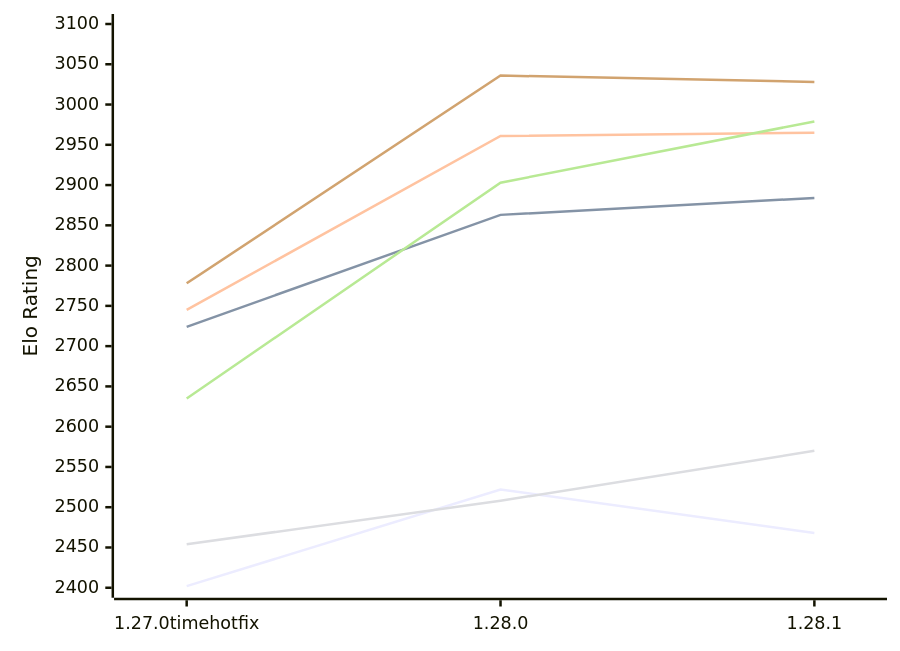
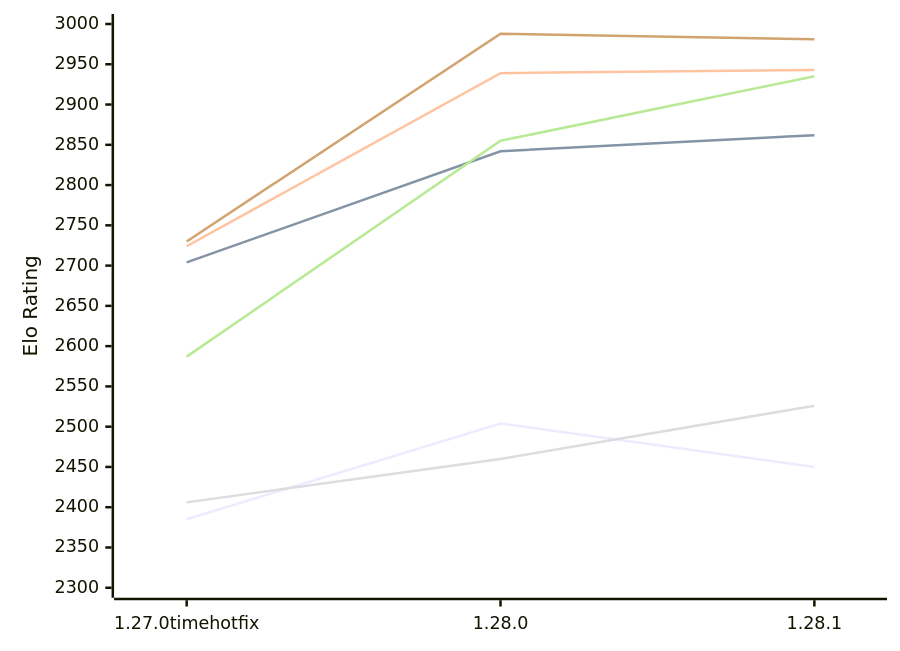
The first of 2 diagrams in engines/Aurora.md (computer-chess-index/cci), drawn with Mermaid before and after one commit. The commit also changed other lines of this file, not shown here.

Commit message:
Update CCI Ratings (ELO VLTC) - 2026-11-08

````diff
--- a/engines/Aurora.md
+++ b/engines/Aurora.md
@@ -52,12 +52,12 @@
 ```mermaid
 %%{init: {"theme":"base","themeVariables":{"seriesColors:['#a3a3a3','#222221','#faa371']}}}%%
 xychart-beta
   x-axis ["1.27.0timehotfix", "1.28.0", "1.28.1"]
-  y-axis "Elo Rating" 2400 --> 3100
-  line "E1: STC (8.0+0.08s)" [2402, 2522, 2468]
-  line "E1: LTC (60.0+0.60s)" [2724, 2863, 2884]
-  line "E1: VLTC (2m24s+1.12s)" [2745, 2961, 2965]
-  line "P1: STC (8.0+0.08s)" [2454, 2508, 2570]
-  line "P1: LTC (60.0+0.60s)" [2635, 2903, 2979]
-  line "P1: VLTC (2m24s+1.12s)" [2778, 3036, 3028]
+  y-axis "Elo Rating" 2300 --> 3000
+  line "E1: STC (8.0+0.08s)" [2385, 2504, 2450]
+  line "E1: LTC (60.0+0.60s)" [2704, 2842, 2862]
+  line "E1: VLTC (2m24s+1.12s)" [2724, 2939, 2943]
+  line "P1: STC (8.0+0.08s)" [2406, 2460, 2526]
+  line "P1: LTC (60.0+0.60s)" [2587, 2855, 2935]
+  line "P1: VLTC (2m24s+1.12s)" [2730, 2988, 2981]
 ```
````
